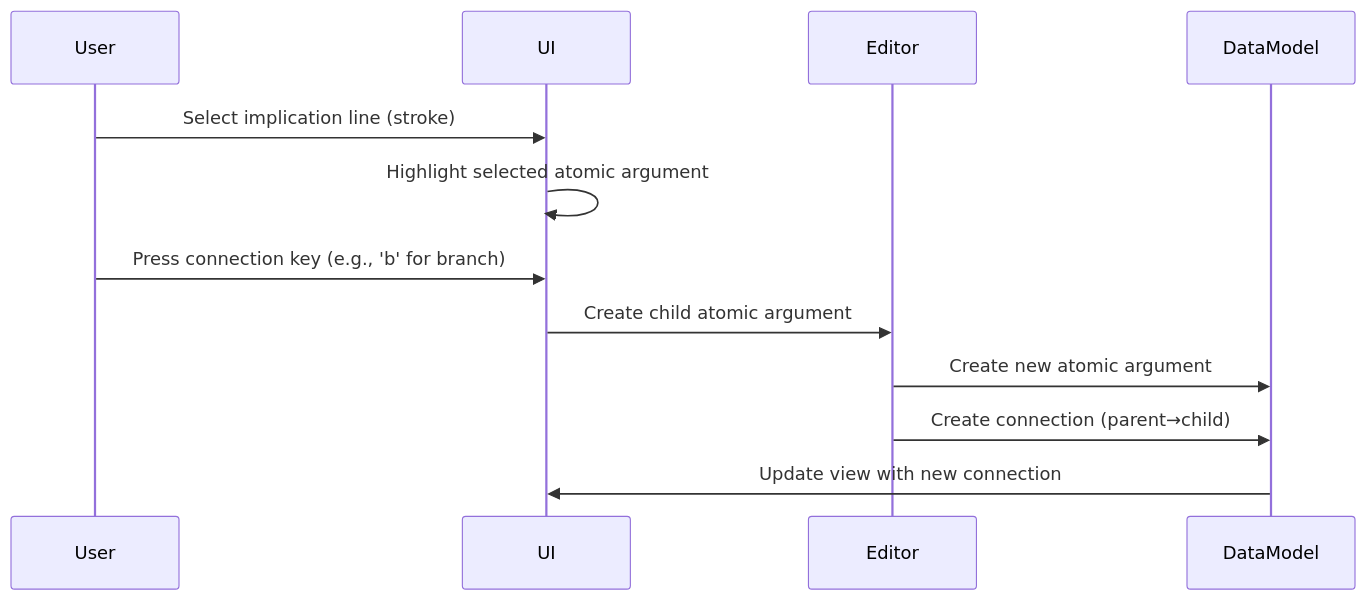
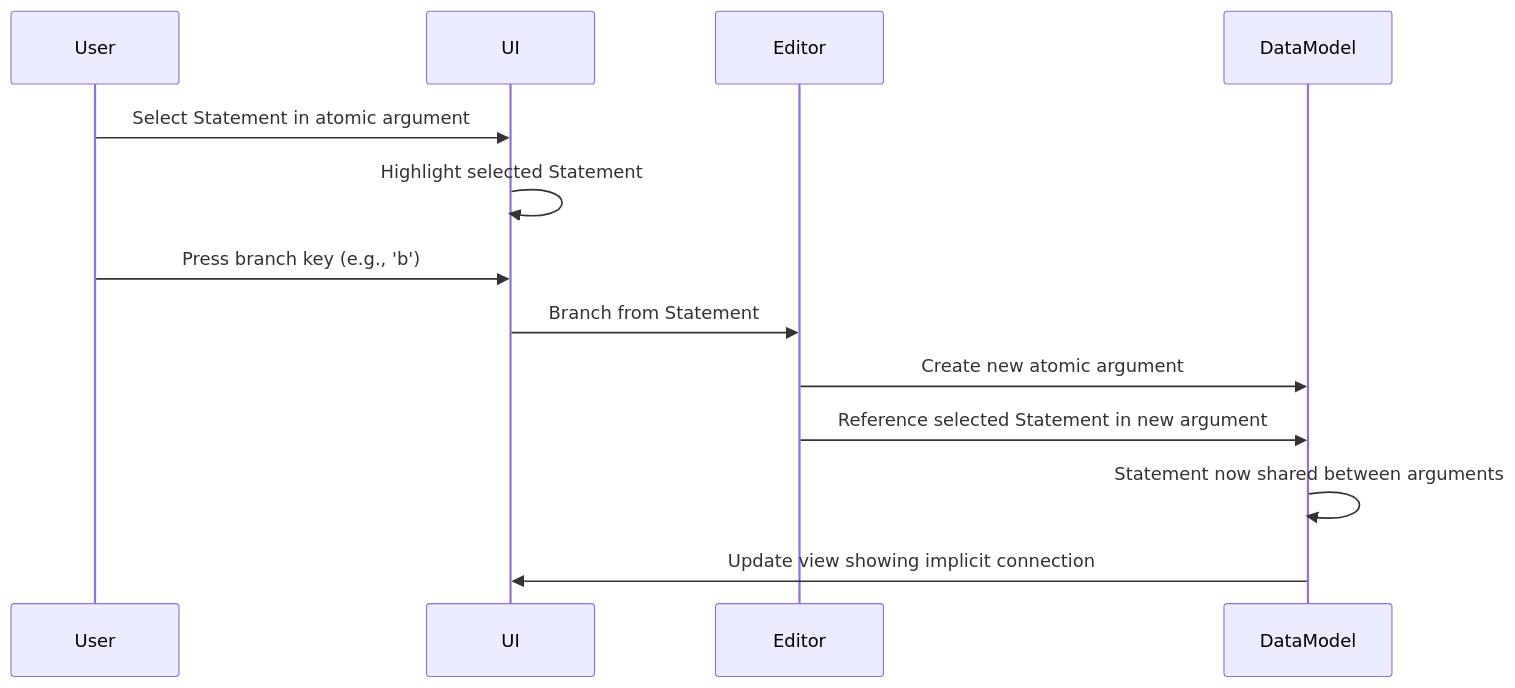
One commit to nate123456/proof-editor changed the second of 2 diagrams in docs/08-technical-design/conceptual-data-model.md. Above: the diagram before and after it, drawn with Mermaid. The commit also changed other lines of this file and 11 other files, not shown here.

First line of the commit message:
Update documentation to align with Statement-based connection model

````diff
--- a/docs/08-technical-design/conceptual-data-model.md
+++ b/docs/08-technical-design/conceptual-data-model.md
@@ -124,15 +114,16 @@
 ```mermaid
 sequenceDiagram
     participant User
     participant UI
     participant Editor
     participant DataModel
     
-    User->>UI: Select implication line (stroke)
-    UI->>UI: Highlight selected atomic argument
-    User->>UI: Press connection key (e.g., 'b' for branch)
-    UI->>Editor: Create child atomic argument
+    User->>UI: Select Statement in atomic argument
+    UI->>UI: Highlight selected Statement
+    User->>UI: Press branch key (e.g., 'b')
+    UI->>Editor: Branch from Statement
     Editor->>DataModel: Create new atomic argument
-    Editor->>DataModel: Create connection (parent→child)
-    DataModel->>UI: Update view with new connection
+    Editor->>DataModel: Reference selected Statement in new argument
+    DataModel->>DataModel: Statement now shared between arguments
+    DataModel->>UI: Update view showing implicit connection
 ```
````
